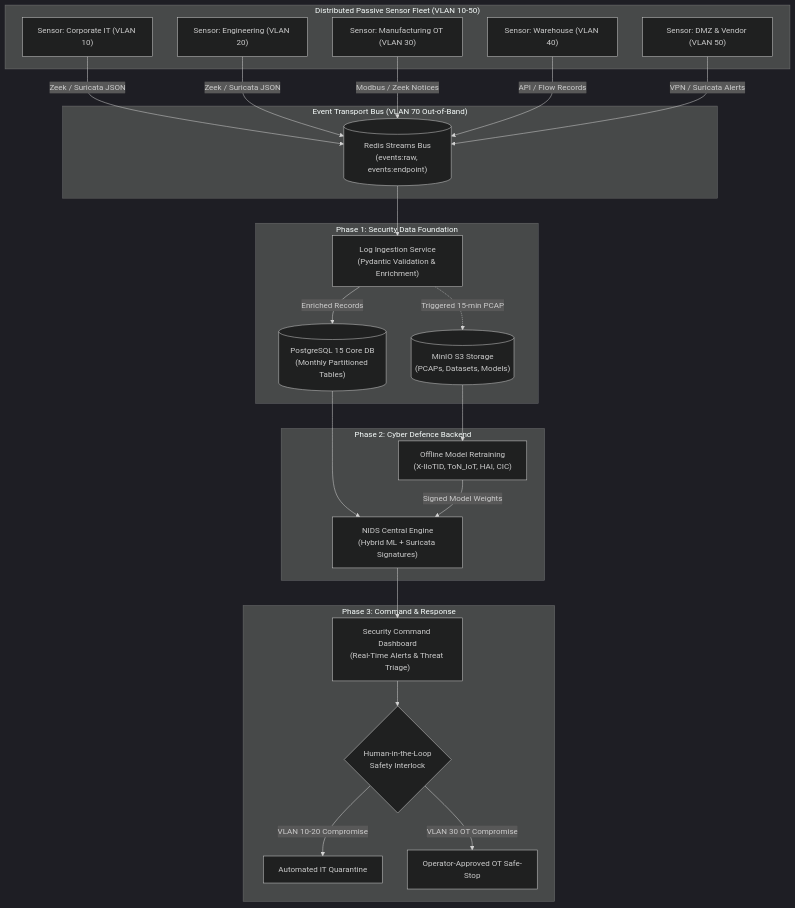
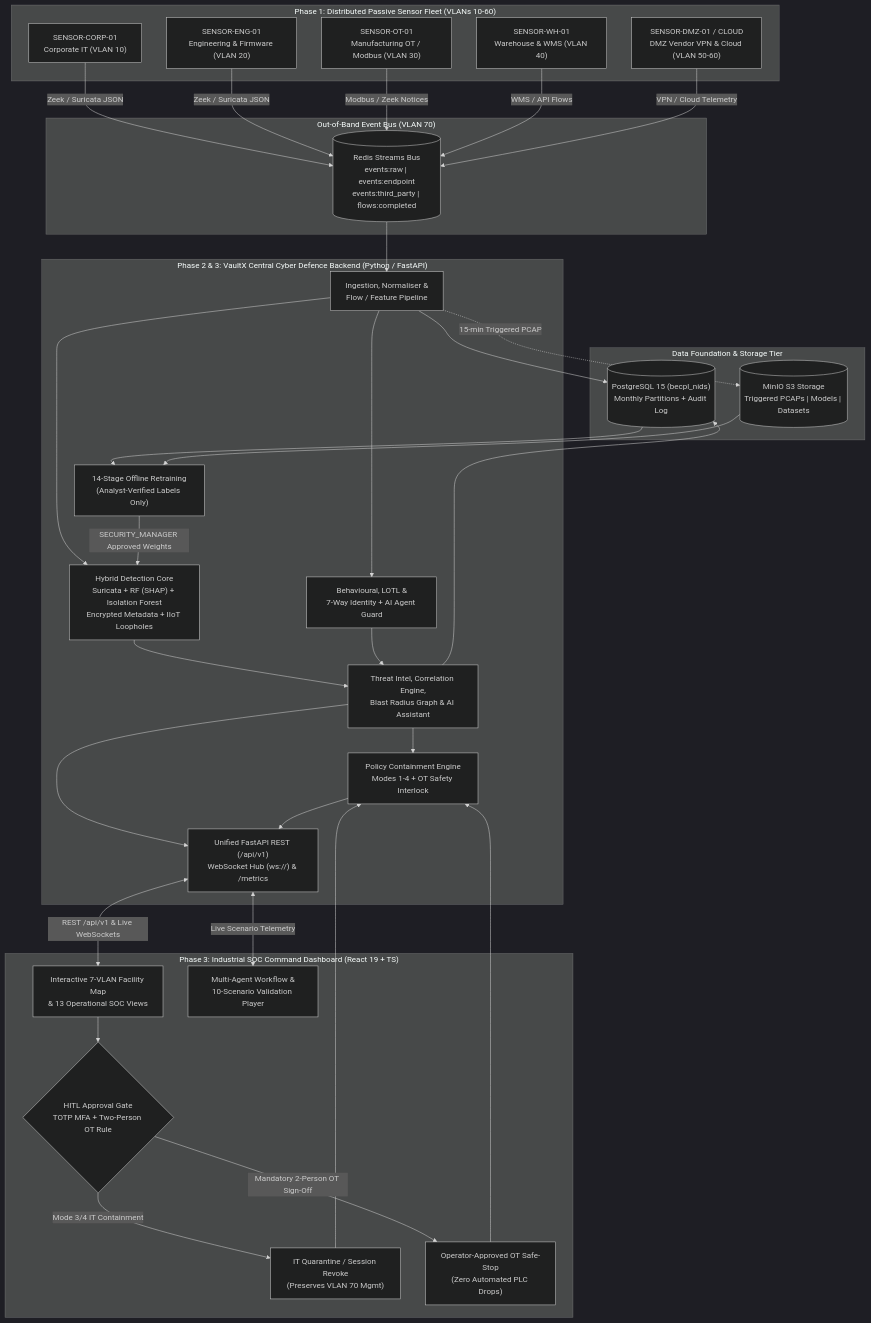
Before and after one commit to Pranayai-9/VaultX: the diagram in README.md, drawn with Mermaid (dark theme). The commit also changed other lines of this file and 4 other files, not shown here.

````diff
--- a/README.md
+++ b/README.md
@@ -38,51 +40,68 @@
 ```mermaid
 flowchart TD
-    subgraph SENSORS["Distributed Passive Sensor Fleet (VLAN 10-50)"]
-        S_CORP["Sensor: Corporate IT (VLAN 10)"]
-        S_ENG["Sensor: Engineering (VLAN 20)"]
-        S_OT["Sensor: Manufacturing OT (VLAN 30)"]
-        S_WH["Sensor: Warehouse (VLAN 40)"]
-        S_DMZ["Sensor: DMZ & Vendor (VLAN 50)"]
+    subgraph SENSORS["Phase 1: Distributed Passive Sensor Fleet (VLANs 10-60)"]
+        S_CORP["SENSOR-CORP-01\nCorporate IT (VLAN 10)"]
+        S_ENG["SENSOR-ENG-01\nEngineering & Firmware (VLAN 20)"]
+        S_OT["SENSOR-OT-01\nManufacturing OT / Modbus (VLAN 30)"]
+        S_WH["SENSOR-WH-01\nWarehouse & WMS (VLAN 40)"]
+        S_DMZ["SENSOR-DMZ-01 / CLOUD\nDMZ Vendor VPN & Cloud (VLAN 50-60)"]
     end
 
-    subgraph TRANSPORT["Event Transport Bus (VLAN 70 Out-of-Band)"]
-        REDIS[("Redis Streams Bus\n(events:raw, events:endpoint)")]
+    subgraph TRANSPORT["Out-of-Band Event Bus (VLAN 70)"]
+        REDIS[("Redis Streams Bus\nevents:raw | events:endpoint\nevents:third_party | flows:completed")]
     end
 
-    subgraph FOUNDATION["Phase 1: Security Data Foundation"]
-        INGEST["Log Ingestion Service\n(Pydantic Validation & Enrichment)"]
-        PG[("PostgreSQL 15 Core DB\n(Monthly Partitioned Tables)")]
-        MINIO[("MinIO S3 Storage\n(PCAPs, Datasets, Models)")]
+    subgraph STORAGE["Data Foundation & Storage Tier"]
+        PG[("PostgreSQL 15 (becpl_nids)\nMonthly Partitions + Audit Log")]
+        MINIO[("MinIO S3 Storage\nTriggered PCAPs | Models | Datasets")]
     end
 
-    subgraph PHASE2["Phase 2: Cyber Defence Backend"]
-        NIDS["NIDS Central Engine\n(Hybrid ML + Suricata Signatures)"]
-        OFFLINE["Offline Model Retraining\n(X-IIoTID, ToN_IoT, HAI, CIC)"]
+    subgraph BACKEND["Phase 2 & 3: VaultX Central Cyber Defence Backend (Python / FastAPI)"]
+        INGEST["Ingestion, Normaliser &\nFlow / Feature Pipeline"]
+        DETECT["Hybrid Detection Core\nSuricata + RF (SHAP) + Isolation Forest\nEncrypted Metadata + IIoT Loopholes"]
+        BEHAV["Behavioural, LOTL &\n7-Way Identity + AI Agent Guard"]
+        CORR["Threat Intel, Correlation Engine,\nBlast Radius Graph & AI Assistant"]
+        CONTAIN["Policy Containment Engine\nModes 1-4 + OT Safety Interlock"]
+        OFFLINE["14-Stage Offline Retraining\n(Analyst-Verified Labels Only)"]
+        API["Unified FastAPI REST (/api/v1)\nWebSocket Hub (ws://) & /metrics"]
     end
 
-    subgraph PHASE3["Phase 3: Command & Response"]
-        UI["Security Command Dashboard\n(Real-Time Alerts & Threat Triage)"]
-        HITL{"Human-in-the-Loop\nSafety Interlock"}
-        ISO_IT["Automated IT Quarantine"]
-        ISO_OT["Operator-Approved OT Safe-Stop"]
+    subgraph SOC["Phase 3: Industrial SOC Command Dashboard (React 19 + TS)"]
+        UI_MAP["Interactive 7-VLAN Facility Map\n& 13 Operational SOC Views"]
+        UI_DEMO["Multi-Agent Workflow &\n10-Scenario Validation Player"]
+        HITL{"HITL Approval Gate\nTOTP MFA + Two-Person OT Rule"}
+        ACT_IT["IT Quarantine / Session Revoke\n(Preserves VLAN 70 Mgmt)"]
+        ACT_OT["Operator-Approved OT Safe-Stop\n(Zero Automated PLC Drops)"]
     end
 
     S_CORP -->|Zeek / Suricata JSON| REDIS
     S_ENG -->|Zeek / Suricata JSON| REDIS
     S_OT -->|Modbus / Zeek Notices| REDIS
-    S_WH -->|API / Flow Records| REDIS
-    S_DMZ -->|VPN / Suricata Alerts| REDIS
+    S_WH -->|WMS / API Flows| REDIS
+    S_DMZ -->|VPN / Cloud Telemetry| REDIS
 
     REDIS --> INGEST
-    INGEST -->|Enriched Records| PG
-    INGEST -.->|Triggered 15-min PCAP| MINIO
+    INGEST --> PG
+    INGEST -.->|15-min Triggered PCAP| MINIO
+    INGEST --> DETECT
+    INGEST --> BEHAV
 
-    PG --> NIDS
+    DETECT --> CORR
+    BEHAV --> CORR
+    CORR --> PG
+    CORR --> CONTAIN
+    CORR --> API
+    CONTAIN --> API
+
+    PG --> OFFLINE
     MINIO --> OFFLINE
-    OFFLINE -->|Signed Model Weights| NIDS
+    OFFLINE -->|SECURITY_MANAGER Approved Weights| DETECT
 
-    NIDS --> UI
-    UI --> HITL
-    HITL -->|VLAN 10-20 Compromise| ISO_IT
-    HITL -->|VLAN 30 OT Compromise| ISO_OT
+    API <-->|REST /api/v1 & Live WebSockets| UI_MAP
+    API <-->|Live Scenario Telemetry| UI_DEMO
+    UI_MAP --> HITL
+    HITL -->|Mode 3/4 IT Containment| ACT_IT
+    HITL -->|Mandatory 2-Person OT Sign-Off| ACT_OT
+    ACT_IT --> CONTAIN
+    ACT_OT --> CONTAIN
 ```
````
